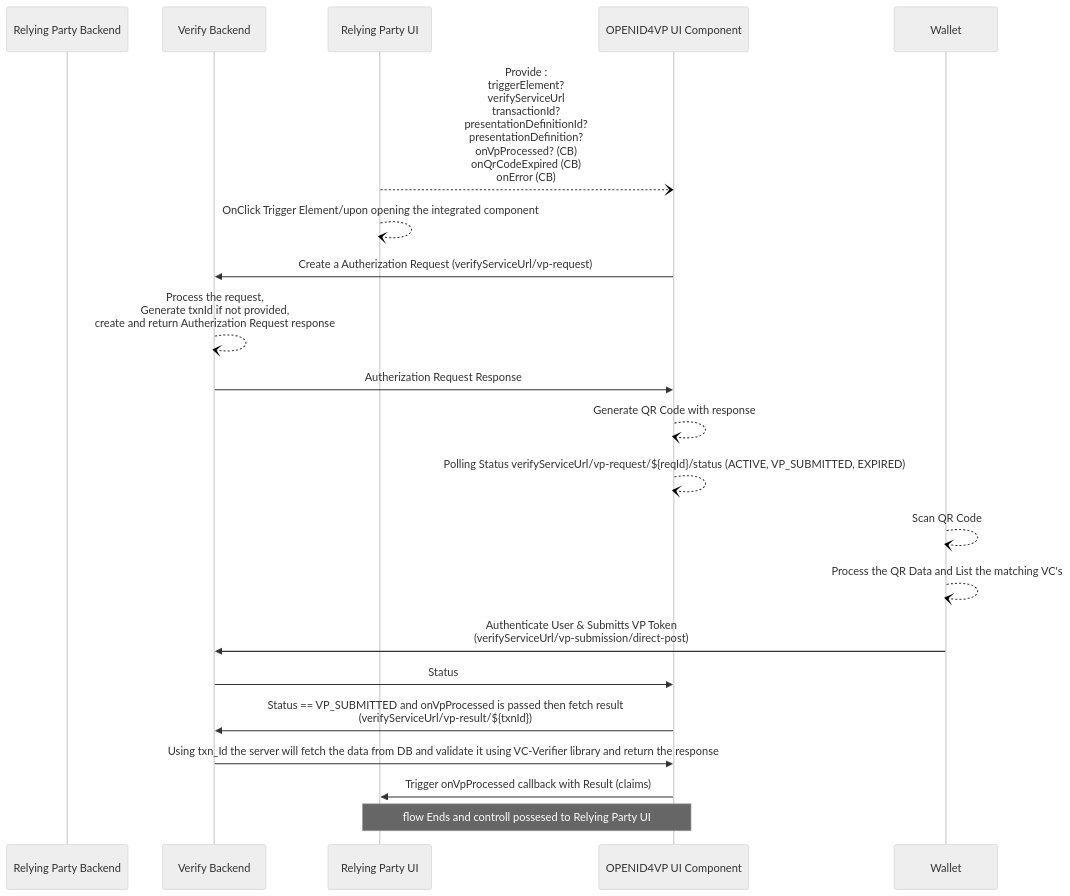
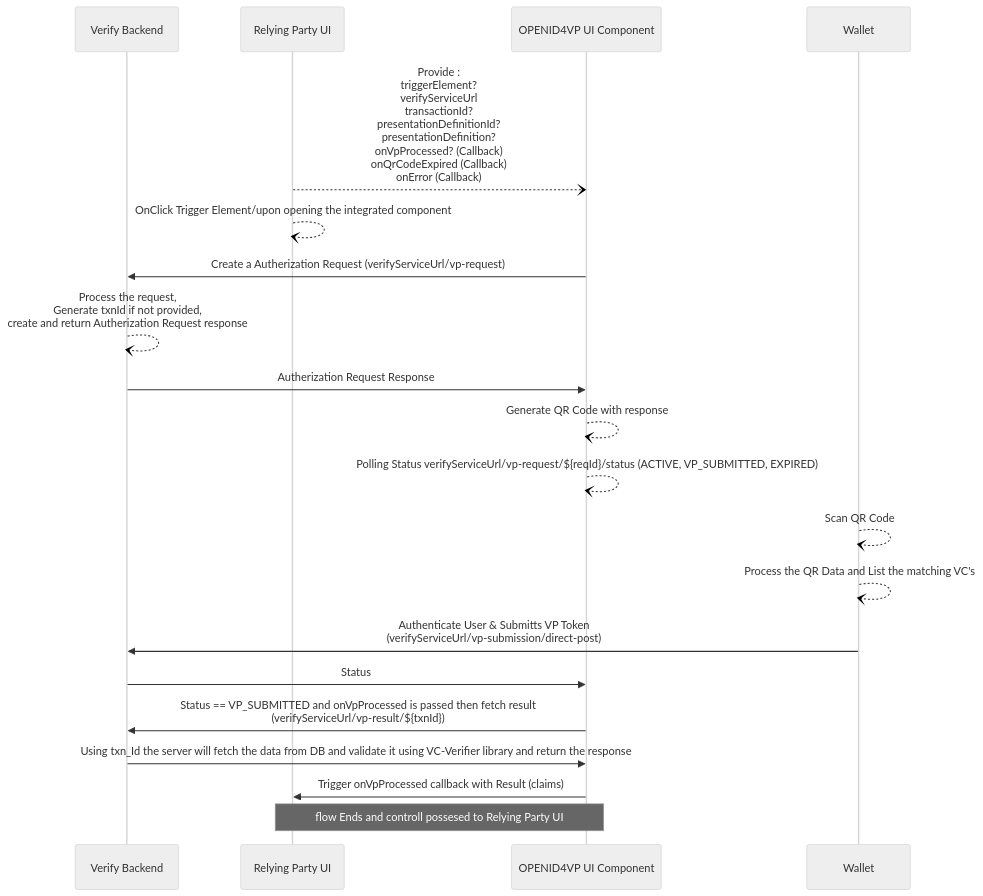
One commit to mosip/inji-verify changed the first of 4 diagrams in docs/InjiVerifySDKOpenID4VP.md. Above: the diagram before and after it, drawn with Mermaid (neutral theme). The commit also changed other lines of this file and 1 other file, not shown here.

Commit message:
[INJIVER-1157] - re-structure design docs to put up verify's current implementation at first

````diff
--- a/docs/InjiVerifySDKOpenID4VP.md
+++ b/docs/InjiVerifySDKOpenID4VP.md
@@ -57,24 +7,23 @@
 ```mermaid 
 sequenceDiagram
-    participant Relying Party Backend
     participant Verify Backend
     participant Relying Party UI
     participant OPENID4VP UI Component
     participant Wallet
     
-     Relying Party UI--)OPENID4VP UI Component: Provide : <br> triggerElement? <br> verifyServiceUrl <br> transactionId? <br>  presentationDefinitionId? <br> presentationDefinition? <br> onVpProcessed? (CB) <br> onQrCodeExpired (CB) <br> onError (CB) 
+     Relying Party UI--)OPENID4VP UI Component: Provide : <br> triggerElement? <br> verifyServiceUrl <br> transactionId? <br>  presentationDefinitionId? <br> presentationDefinition? <br> onVpProcessed? (Callback) <br> onQrCodeExpired (Callback) <br> onError (Callback) 
     Relying Party UI--)Relying Party UI: OnClick Trigger Element/upon opening the integrated component
     OPENID4VP UI Component->>Verify Backend: Create a Autherization Request (verifyServiceUrl/vp-request) 
     Verify Backend--)Verify Backend: Process the request,<br> Generate txnId if not provided, <br> create and return Autherization Request response
     Verify Backend->>OPENID4VP UI Component: Autherization Request Response
     OPENID4VP UI Component--)OPENID4VP UI Component: Generate QR Code with response
     OPENID4VP UI Component--)OPENID4VP UI Component: Polling Status verifyServiceUrl/vp-request/${reqId}/status (ACTIVE, VP_SUBMITTED, EXPIRED)
     Wallet--)Wallet: Scan QR Code
     Wallet--)Wallet: Process the QR Data and List the matching VC's
     Wallet->>Verify Backend: Authenticate User & Submitts VP Token <br> (verifyServiceUrl/vp-submission/direct-post)
     Verify Backend->>OPENID4VP UI Component: Status
     OPENID4VP UI Component->>Verify Backend: Status == VP_SUBMITTED and onVpProcessed is passed then fetch result <br> (verifyServiceUrl/vp-result/${txnId})
     Verify Backend->>OPENID4VP UI Component: Using txn_Id the server will fetch the data from DB and validate it using VC-Verifier library and return the response
     OPENID4VP UI Component->>Relying Party UI: Trigger onVpProcessed callback with Result (claims)
     Note over OPENID4VP UI Component,Relying Party UI: flow Ends and controll possesed to Relying Party UI
 ```
````
